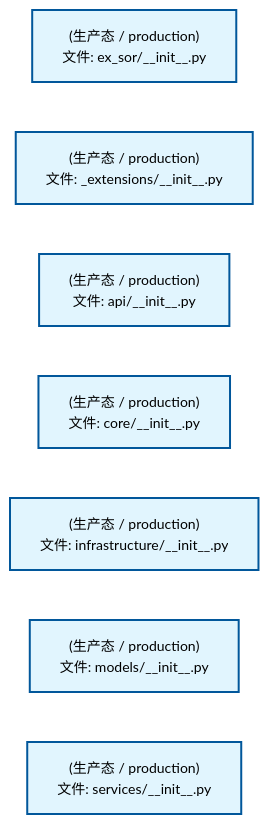
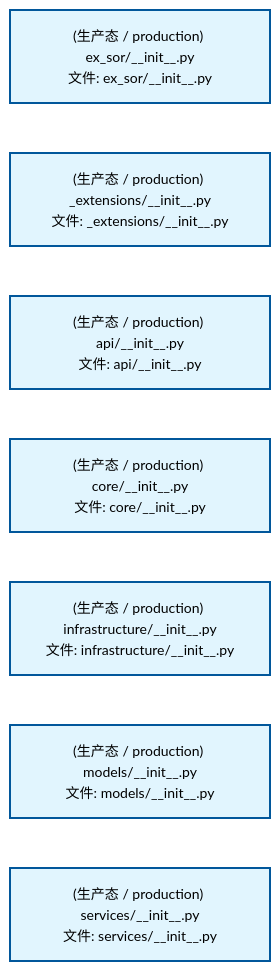
One commit to xuanFelixVan/ZephyrAlpha changed the second of 4 diagrams in docs/02_enterprise_architecture/02_domain_architecture_docs/45_d_ex_sor.md. Above: the diagram before and after it, drawn with Mermaid. The commit also changed other lines of this file and 77 other files, not shown here.

````diff
--- a/docs/02_enterprise_architecture/02_domain_architecture_docs/45_d_ex_sor.md
+++ b/docs/02_enterprise_architecture/02_domain_architecture_docs/45_d_ex_sor.md
@@ -53,22 +111,22 @@
 ```mermaid
 %%{init: {'theme': 'base', 'themeVariables': {'primaryColor': '#eaeaea', 'primaryTextColor': '#333333', 'primaryBorderColor': '#666666', 'lineColor': '#666666', 'secondaryColor': '#eaeaea', 'tertiaryColor': '#eaeaea', 'fontSize': '14px'}}}%%
 flowchart TD
-    src_zephyr_ex_sor_init_py["(生产态 / production)<br/>文件: ex_sor/__init__.py"]
-    src_zephyr_ex_sor_extensions_init_py["(生产态 / production)<br/>文件: _extensions/__init__.py"]
-    src_zephyr_ex_sor_api_init_py["(生产态 / production)<br/>文件: api/__init__.py"]
-    src_zephyr_ex_sor_core_init_py["(生产态 / production)<br/>文件: core/__init__.py"]
-    src_zephyr_ex_sor_infrastructure_init_py["(生产态 / production)<br/>文件: infrastructure/__init__.py"]
-    src_zephyr_ex_sor_models_init_py["(生产态 / production)<br/>文件: models/__init__.py"]
-    src_zephyr_ex_sor_services_init_py["(生产态 / production)<br/>文件: services/__init__.py"]
+    src_zephyr_ex_sor_init_py["(生产态 / production) ex_sor/__init__.py<br/>文件: ex_sor/__init__.py"]
+    src_zephyr_ex_sor_extensions_init_py["(生产态 / production) _extensions/__init__.py<br/>文件: _extensions/__init__.py"]
+    src_zephyr_ex_sor_api_init_py["(生产态 / production) api/__init__.py<br/>文件: api/__init__.py"]
+    src_zephyr_ex_sor_core_init_py["(生产态 / production) core/__init__.py<br/>文件: core/__init__.py"]
+    src_zephyr_ex_sor_infrastructure_init_py["(生产态 / production) infrastructure/__init__.py<br/>文件: infrastructure/__init__.py"]
+    src_zephyr_ex_sor_models_init_py["(生产态 / production) models/__init__.py<br/>文件: models/__init__.py"]
+    src_zephyr_ex_sor_services_init_py["(生产态 / production) services/__init__.py<br/>文件: services/__init__.py"]
     src_zephyr_ex_sor_init_py ~~~ src_zephyr_ex_sor_extensions_init_py
     src_zephyr_ex_sor_extensions_init_py ~~~ src_zephyr_ex_sor_api_init_py
     src_zephyr_ex_sor_api_init_py ~~~ src_zephyr_ex_sor_core_init_py
     src_zephyr_ex_sor_core_init_py ~~~ src_zephyr_ex_sor_infrastructure_init_py
     src_zephyr_ex_sor_infrastructure_init_py ~~~ src_zephyr_ex_sor_models_init_py
     src_zephyr_ex_sor_models_init_py ~~~ src_zephyr_ex_sor_services_init_py
     classDef production fill:#e1f5fe,stroke:#01579b,stroke-width:2px,color:#000
     classDef design fill:#fff3e0,stroke:#e65100,stroke-width:2px,color:#000,stroke-dasharray: 5 5
     classDef external_prod fill:#e8f4fd,stroke:#0277bd,stroke-width:1px,color:#000
     classDef external_design fill:#fff8e7,stroke:#ef6c00,stroke-width:1px,color:#000,stroke-dasharray: 5 5
     class src_zephyr_ex_sor_init_py,src_zephyr_ex_sor_extensions_init_py,src_zephyr_ex_sor_api_init_py,src_zephyr_ex_sor_core_init_py,src_zephyr_ex_sor_infrastructure_init_py,src_zephyr_ex_sor_models_init_py,src_zephyr_ex_sor_services_init_py production
 ```
````
